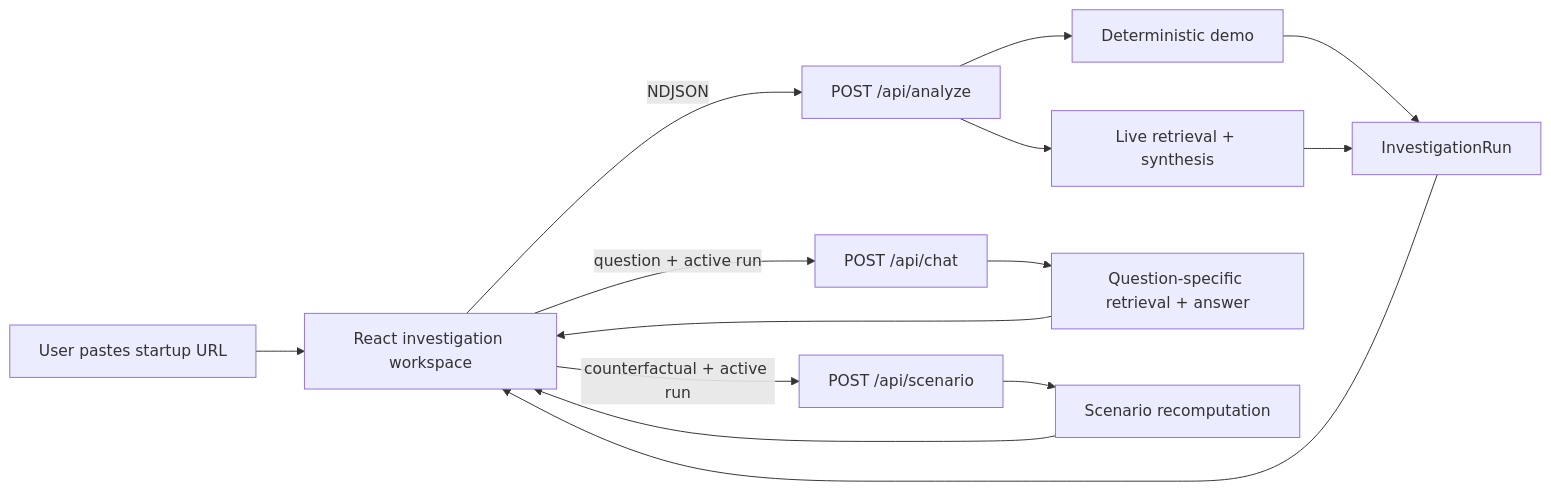
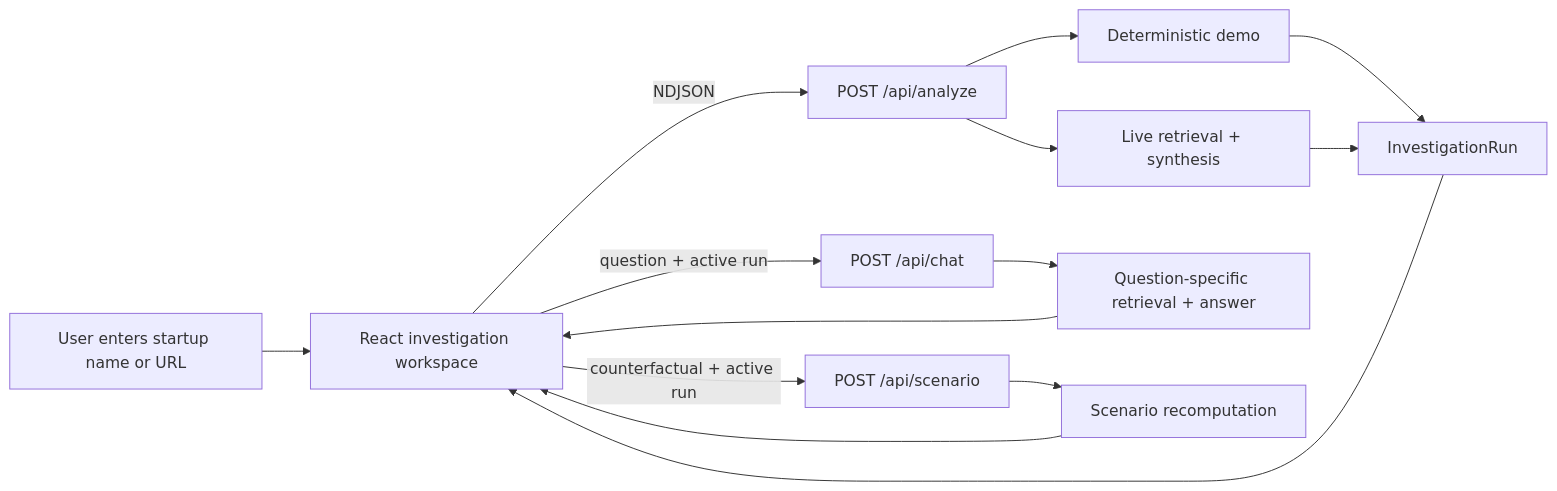
Before and after one commit to madhu-garudala/StartupSignal-V2: the first of 6 diagrams in Claude_presentation.md, drawn with Mermaid. The commit also changed other lines of this file and 17 other files, not shown here.

````diff
--- a/Claude_presentation.md
+++ b/Claude_presentation.md
@@ -330,18 +331,18 @@
 ```mermaid
 flowchart LR
-  U[User pastes startup URL] --> W[React investigation workspace]
+  U[User enters startup name or URL] --> W[React investigation workspace]
   W -->|NDJSON| A[POST /api/analyze]
   W -->|question + active run| C[POST /api/chat]
   W -->|counterfactual + active run| S[POST /api/scenario]
 
   A --> D[Deterministic demo]
   A --> R[Live retrieval + synthesis]
   C --> Q[Question-specific retrieval + answer]
   S --> X[Scenario recomputation]
 
   D --> IR[InvestigationRun]
   R --> IR
   Q --> W
   X --> W
   IR --> W
 ```
````
